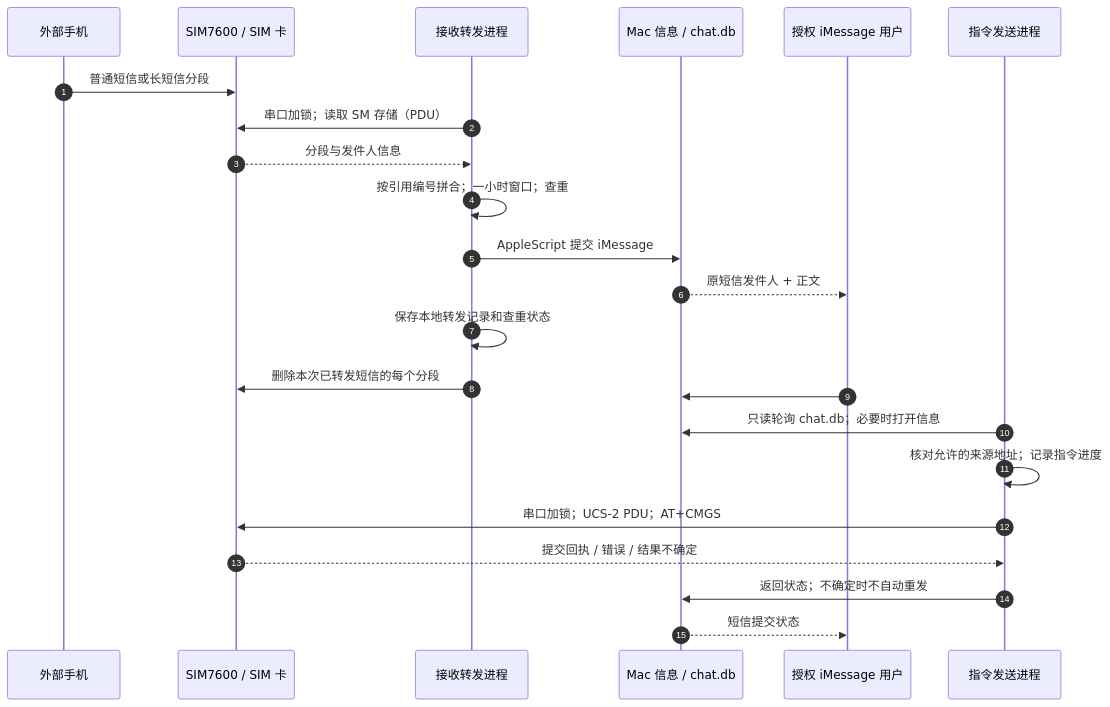
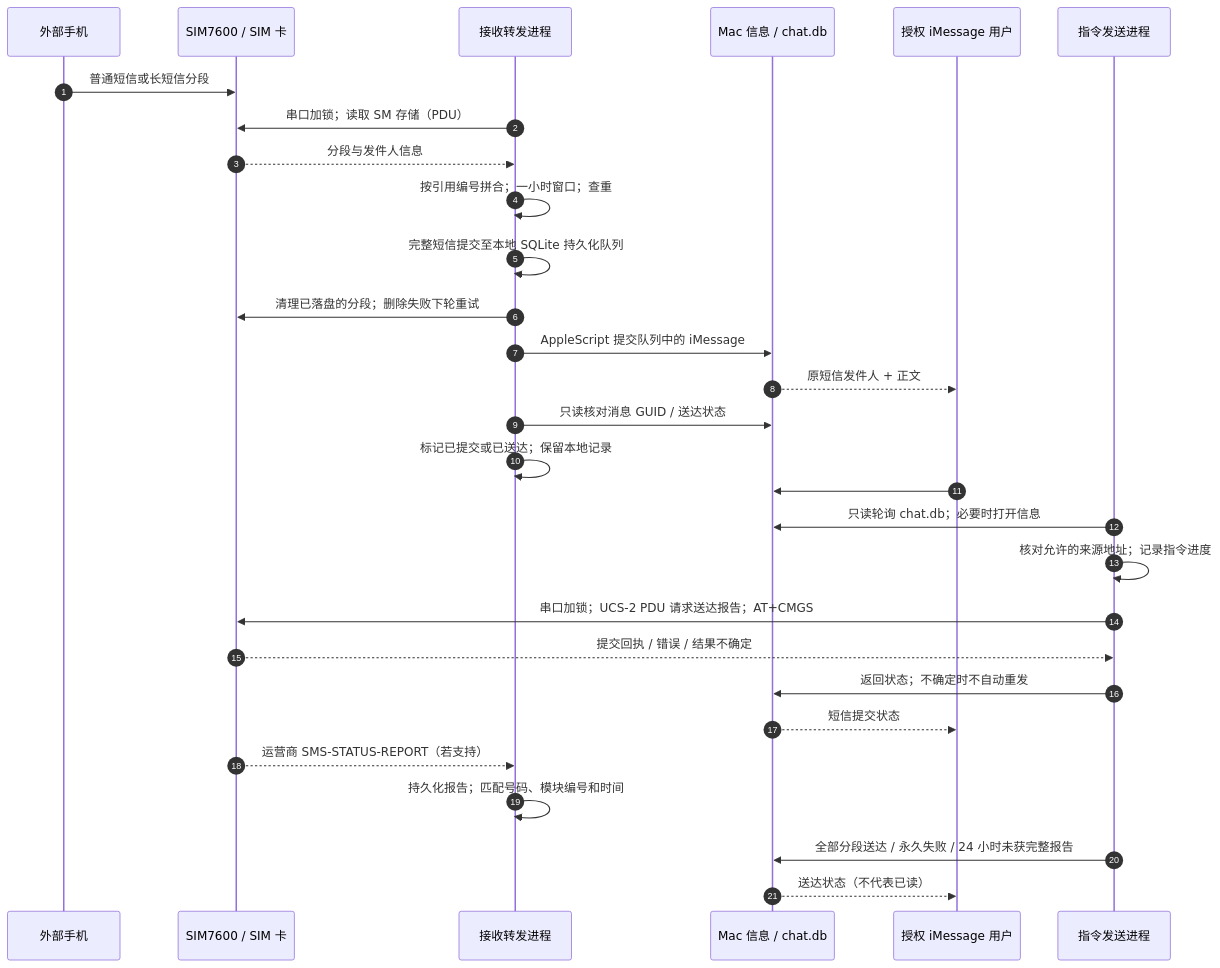
One commit to Yu-Ren-NEU/SMS-iMessage-Gateway changed the diagram in README.md. Above: the diagram before and after it, drawn with Mermaid. The commit also changed other lines of this file and 10 other files, not shown here.

````diff
--- a/README.md
+++ b/README.md
@@ -70,25 +70,31 @@
 ```mermaid
 sequenceDiagram
     autonumber
     participant Phone as 外部手机
     participant Modem as SIM7600 / SIM 卡
     participant RX as 接收转发进程
     participant Messages as Mac 信息 / chat.db
     participant iPhone as 授权 iMessage 用户
     participant TX as 指令发送进程
     Phone->>Modem: 普通短信或长短信分段
     RX->>Modem: 串口加锁；读取 SM 存储（PDU）
     Modem-->>RX: 分段与发件人信息
     RX->>RX: 按引用编号拼合；一小时窗口；查重
-    RX->>Messages: AppleScript 提交 iMessage
+    RX->>RX: 完整短信提交至本地 SQLite 持久化队列
+    RX->>Modem: 清理已落盘的分段；删除失败下轮重试
+    RX->>Messages: AppleScript 提交队列中的 iMessage
     Messages-->>iPhone: 原短信发件人 + 正文
-    RX->>RX: 保存本地转发记录和查重状态
-    RX->>Modem: 删除本次已转发短信的每个分段
+    RX->>Messages: 只读核对消息 GUID / 送达状态
+    RX->>RX: 标记已提交或已送达；保留本地记录
     iPhone->>Messages: #短信 +国家区号手机号 正文
     TX->>Messages: 只读轮询 chat.db；必要时打开信息
     TX->>TX: 核对允许的来源地址；记录指令进度
-    TX->>Modem: 串口加锁；UCS-2 PDU；AT+CMGS
+    TX->>Modem: 串口加锁；UCS-2 PDU 请求送达报告；AT+CMGS
     Modem-->>TX: 提交回执 / 错误 / 结果不确定
     TX->>Messages: 返回状态；不确定时不自动重发
     Messages-->>iPhone: 短信提交状态
+    Modem-->>RX: 运营商 SMS-STATUS-REPORT（若支持）
+    RX->>RX: 持久化报告；匹配号码、模块编号和时间
+    TX->>Messages: 全部分段送达 / 永久失败 / 24 小时未获完整报告
+    Messages-->>iPhone: 送达状态（不代表已读）
 ```
````
